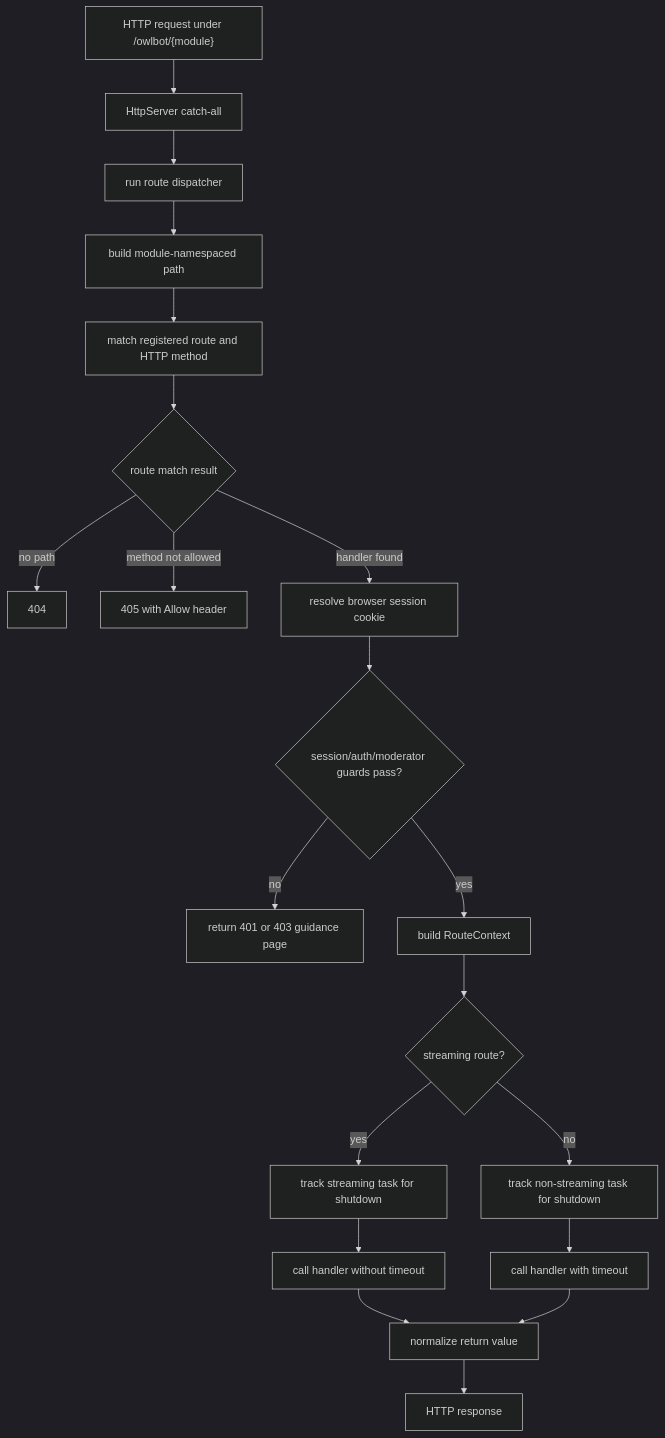
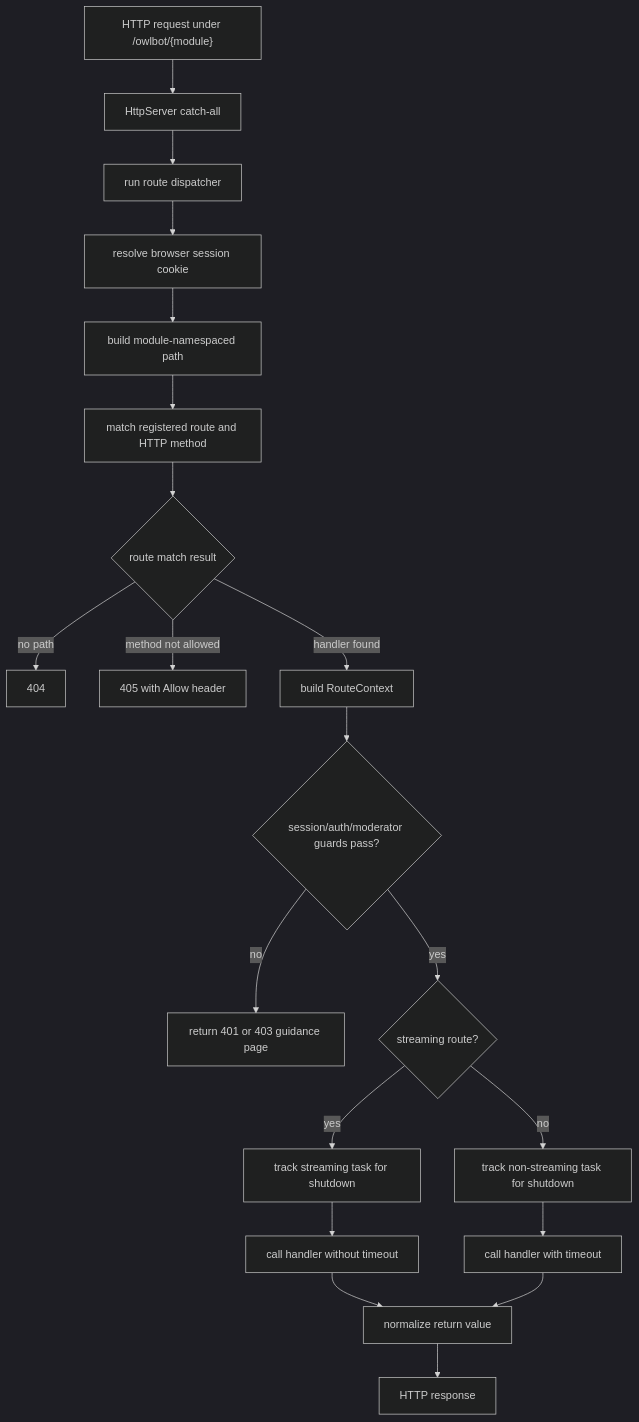
The fourth of 4 diagrams in owlbot/registries/README.md (LogalDeveloper/Owlbot), drawn with Mermaid (dark theme) before and after one commit. The commit also changed other lines of this file, not shown here.

Commit message:
Fixed registries maintainer README route dispatch details.

````diff
--- a/owlbot/registries/README.md
+++ b/owlbot/registries/README.md
@@ -166,22 +168,22 @@
 ```mermaid
 flowchart TD
     Request["HTTP request under /owlbot/{module}"] --> Server["HttpServer catch-all"]
     Server --> Routes["run route dispatcher"]
-    Routes --> FullPath["build module-namespaced path"]
+    Routes --> Session["resolve browser session cookie"]
+    Session --> FullPath["build module-namespaced path"]
     FullPath --> Match["match registered route and HTTP method"]
     Match --> Result{"route match result"}
     Result -->|no path| NotFound["404"]
     Result -->|method not allowed| MethodNotAllowed["405 with Allow header"]
-    Result -->|handler found| Session["resolve browser session cookie"]
-    Session --> Guards{"session/auth/moderator guards pass?"}
+    Result -->|handler found| Context["build RouteContext"]
+    Context --> Guards{"session/auth/moderator guards pass?"}
     Guards -->|no| Guidance["return 401 or 403 guidance page"]
-    Guards -->|yes| Context["build RouteContext"]
-    Context --> Streaming{"streaming route?"}
+    Guards -->|yes| Streaming{"streaming route?"}
     Streaming -->|yes| StreamTask["track streaming task for shutdown"]
     Streaming -->|no| HandlerTask["track non-streaming task for shutdown"]
     StreamTask --> NoTimeout["call handler without timeout"]
     HandlerTask --> Timeout["call handler with timeout"]
     NoTimeout --> Normalize["normalize return value"]
     Timeout --> Normalize
     Normalize --> Response["HTTP response"]
 ```
````
